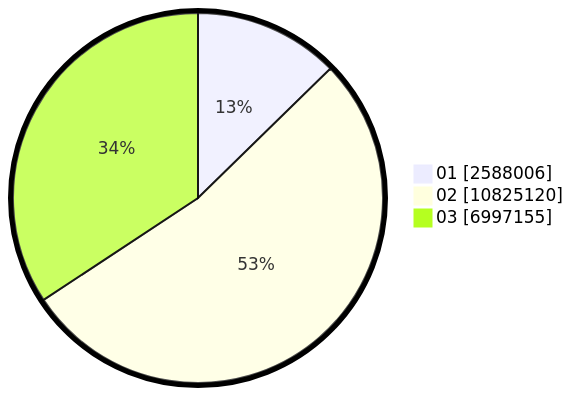
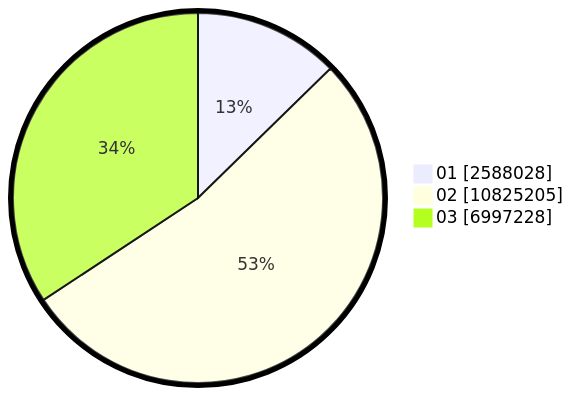
Before and after one commit to gigit-pemilu/pemilu-2024: the second of 2 diagrams in pilpres/hitung-suara/sub/table-wilayah-33.md, drawn with Mermaid. The commit also changed other lines of this file and 9 other files, not shown here.

````diff
--- a/pilpres/hitung-suara/sub/table-wilayah-33.md
+++ b/pilpres/hitung-suara/sub/table-wilayah-33.md
@@ -15,7 +15,7 @@
 ```mermaid
 %%{init: {"pie": {"textPosition": 0.5}, "themeVariables": {"pieOuterStrokeWidth": "5px"}} }%%
 pie showData
-    "01" : 2588006
-    "02" : 10825120
-    "03" : 6997155
+    "01" : 2588028
+    "02" : 10825205
+    "03" : 6997228
 ```
````
